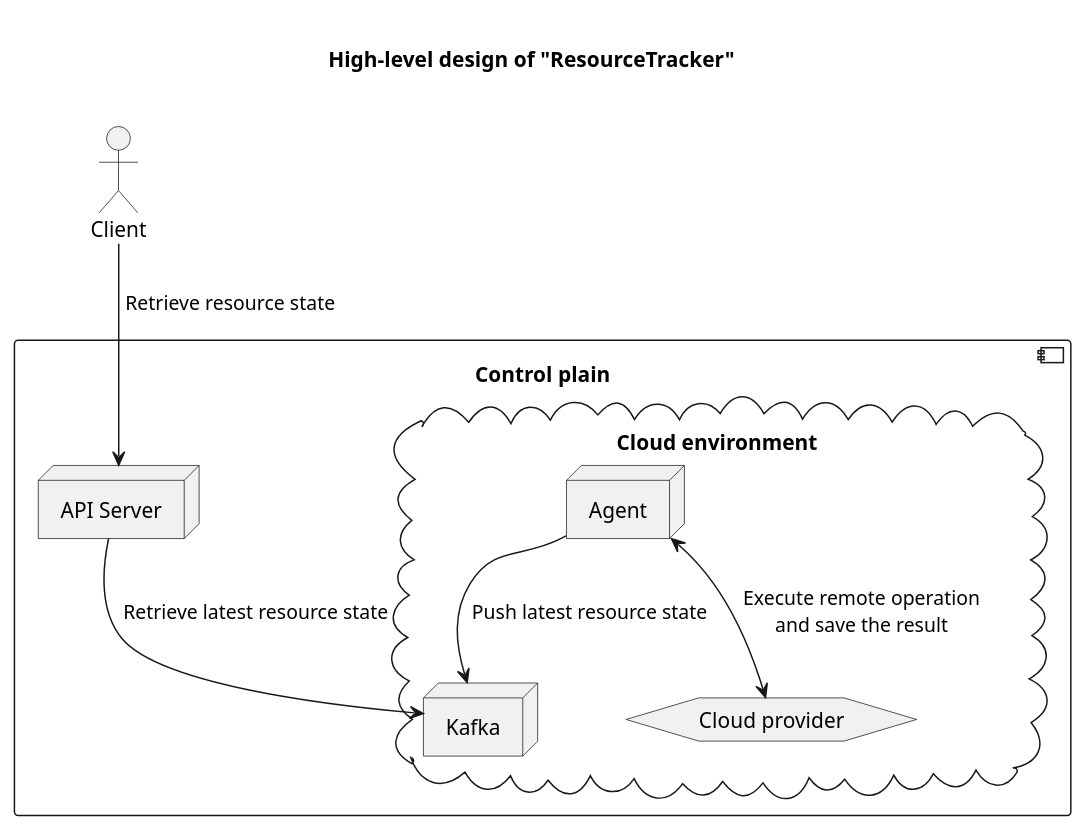
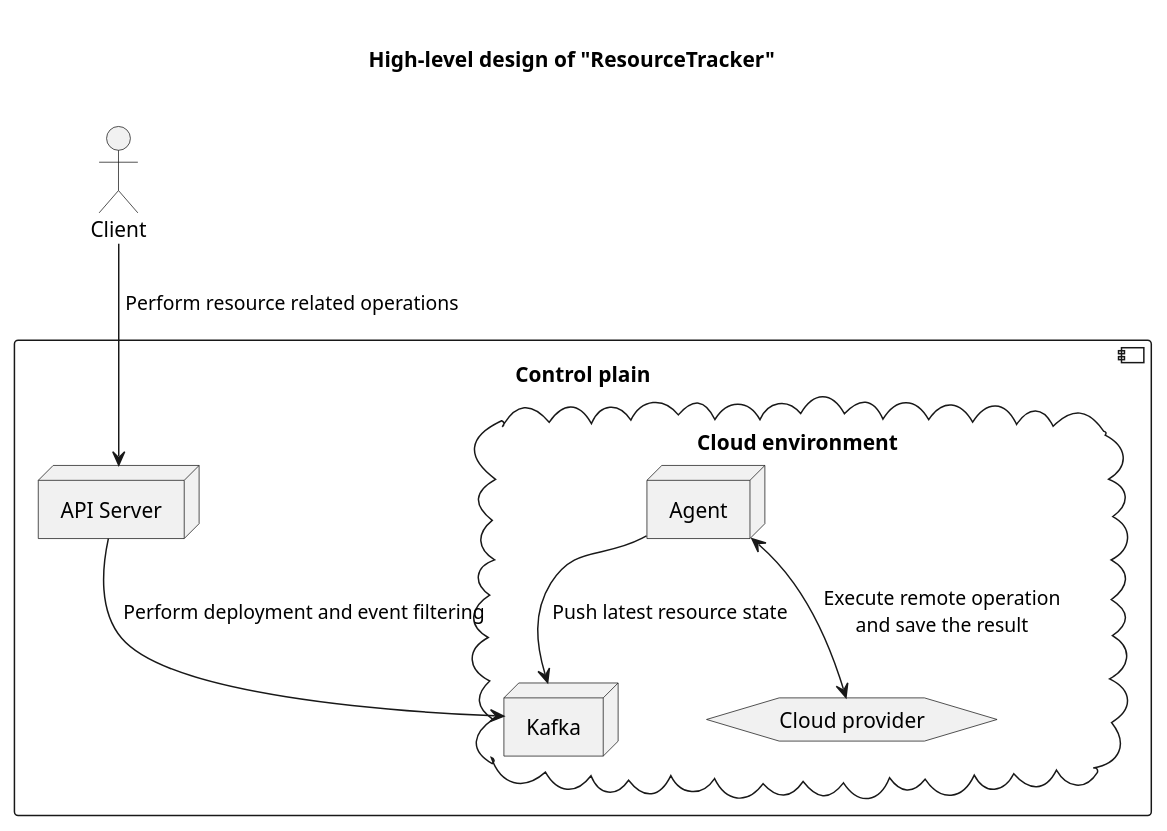
Before and after one commit to YarikRevich/ResourceTracker: the diagram in docs/high-level-design-raw.md, drawn with PlantUML. The commit also changed 69 other files, not shown here.

````diff
--- a/docs/high-level-design-raw.md
+++ b/docs/high-level-design-raw.md
@@ -1,26 +1,26 @@
 ```plantuml
 title
 
 High-level design of "ResourceTracker"
 
 end title
 
 actor "Client"
 
 component "Control plain" {
 node "API Server"
 
 cloud "Cloud environment" {
 node "Kafka"
 node "Agent"
 hexagon "Cloud provider"
 
     [Agent] <--> [Cloud provider]: "Execute remote operation\nand save the result"
     [Agent] --> [Kafka]: "Push latest resource state"
 }
 
-[API Server] --> [Kafka]: "Retrieve latest resource state\t\t"
+[API Server] --> [Kafka]: "Perform deployment and event filtering\t\t"
 }
 
-[Client] --> [API Server]: " Retrieve resource state"
+[Client] --> [API Server]: " Perform resource related operations"
 ```
````
